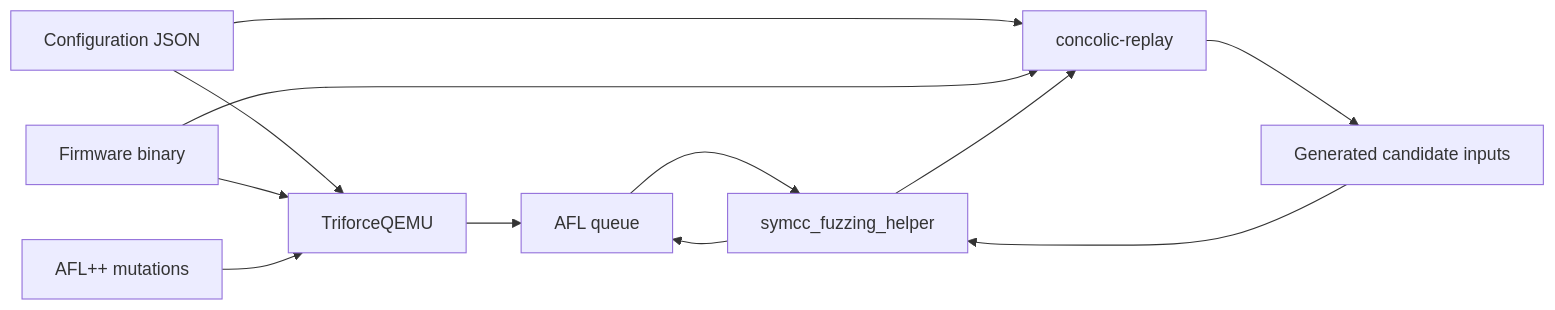
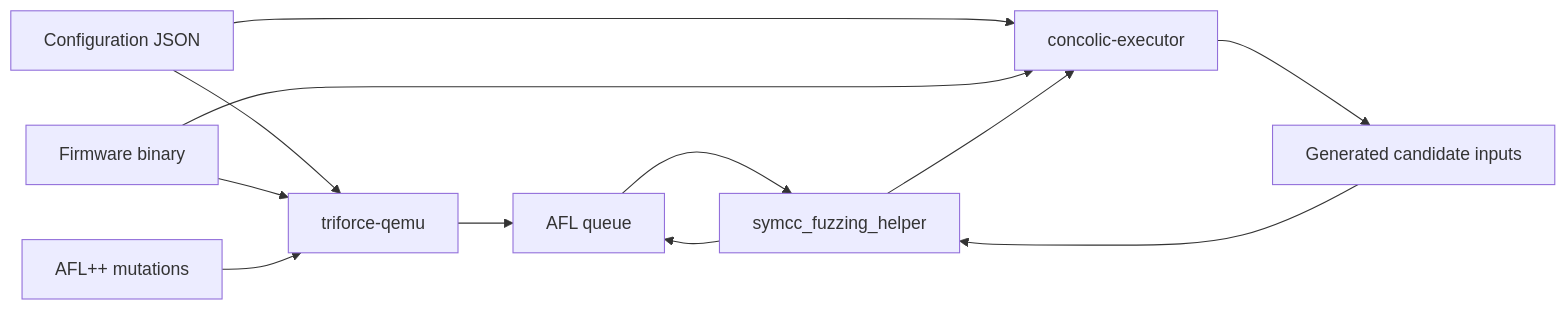
One commit to SaerTrial/concolic-fuzzing changed the diagram in docs/firmware-configuration.md. Above: the diagram before and after it, drawn with Mermaid. The commit also changed other lines of this file and 10 other files, not shown here.

Commit message:
Align submodule names as triforce-qemu and concolic-executor

````diff
--- a/docs/firmware-configuration.md
+++ b/docs/firmware-configuration.md
@@ -14,14 +14,14 @@
 ```mermaid
 flowchart LR
-    J[Configuration JSON] --> F[TriforceQEMU]
-    J --> C[concolic-replay]
+    J[Configuration JSON] --> F[triforce-qemu]
+    J --> C[concolic-executor]
     B[Firmware binary] --> F
     B --> C
     A[AFL++ mutations] --> F
     F --> Q[AFL queue]
     Q --> H[symcc_fuzzing_helper]
     H --> C
     C --> S[Generated candidate inputs]
     S --> H
     H --> Q
 ```
````
